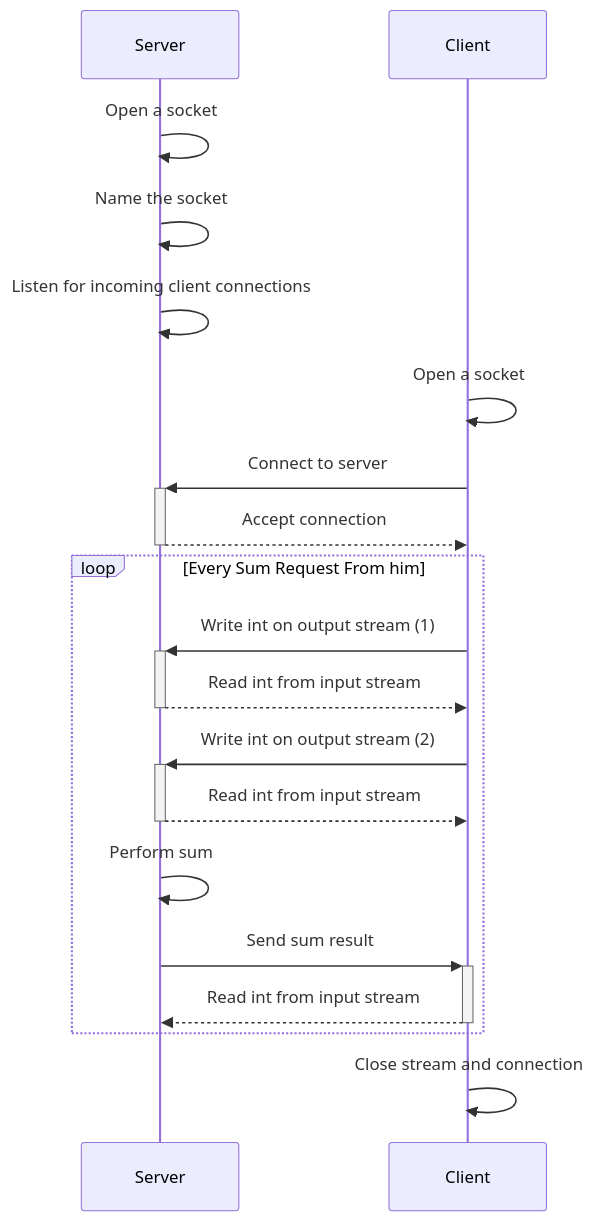
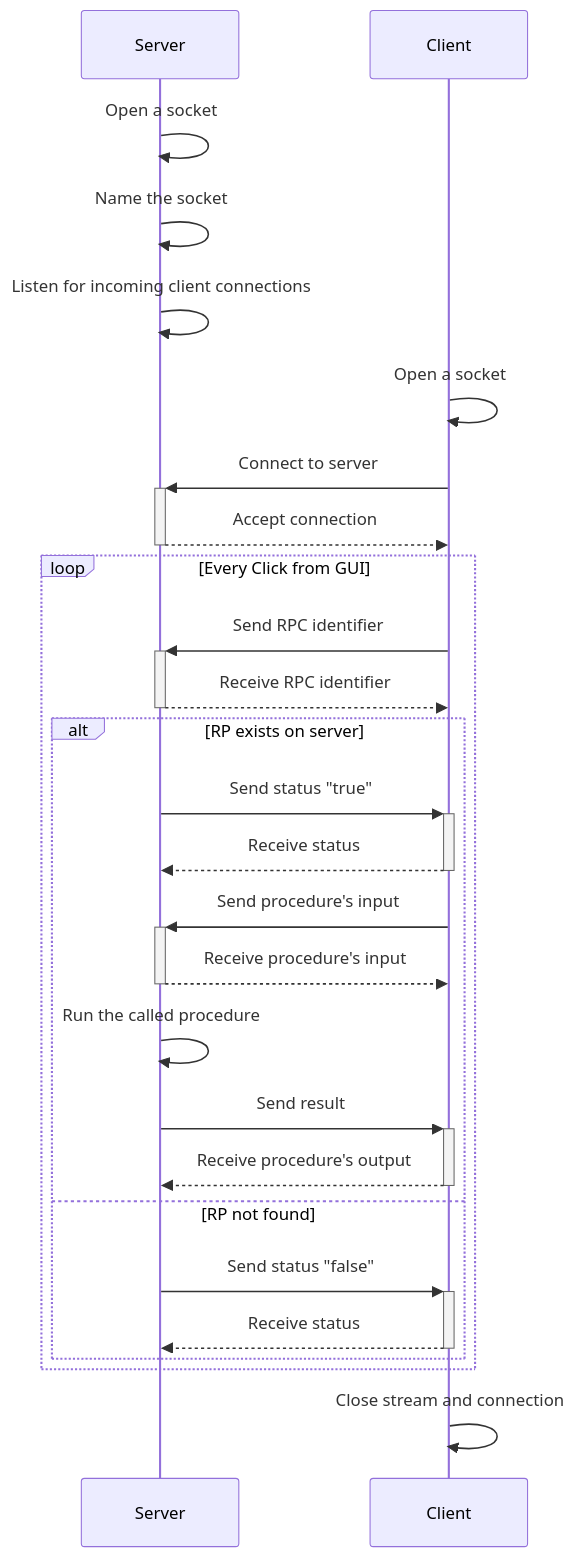
Before and after one commit to YanMatheus/labs-sistemas-distribuidos: the diagram in lab1/testes/exemplo_rpc_java/docs/diagrams/sequence-diagram1.mmd, drawn with Mermaid. The commit also changed 6 other files, not shown here.

```diff
--- a/lab1/testes/exemplo_rpc_java/docs/diagrams/sequence-diagram1.mmd
+++ b/lab1/testes/exemplo_rpc_java/docs/diagrams/sequence-diagram1.mmd
@@ -1,22 +1,29 @@
 sequenceDiagram
   participant Server
   participant Client
 
   Server->>Server: Open a socket
   Server->>Server: Name the socket
   Server->>Server: Listen for incoming client connections
   Client->>Client: Open a socket
   Client ->>+Server: Connect to server
   Server -->>-Client: Accept connection
 
-  loop Every Sum Request From him
-    Client->>+Server: Write int on output stream (1)
-    Server-->>-Client: Read int from input stream
-    Client->>+Server: Write int on output stream (2)
-    Server-->>-Client: Read int from input stream
-    Server->>Server: Perform sum
-    Server->>+Client: Send sum result
-    Client-->>-Server: Read int from input stream
+  loop Every Click from GUI
+    Client->>+Server: Send RPC identifier
+    Server-->>-Client: Receive RPC identifier
+    alt RP exists on server
+      Server->>+Client: Send status "true"
+      Client-->>-Server: Receive status
+      Client->>+Server: Send procedure's input
+      Server-->>-Client: Receive procedure's input
+      Server->>Server: Run the called procedure
+      Server->>+Client: Send result
+      Client-->>-Server: Receive procedure's output
+    else RP not found
+      Server->>+Client: Send status "false"
+      Client-->>-Server: Receive status
+    end
   end
 
   Client->>Client: Close stream and connection
```
